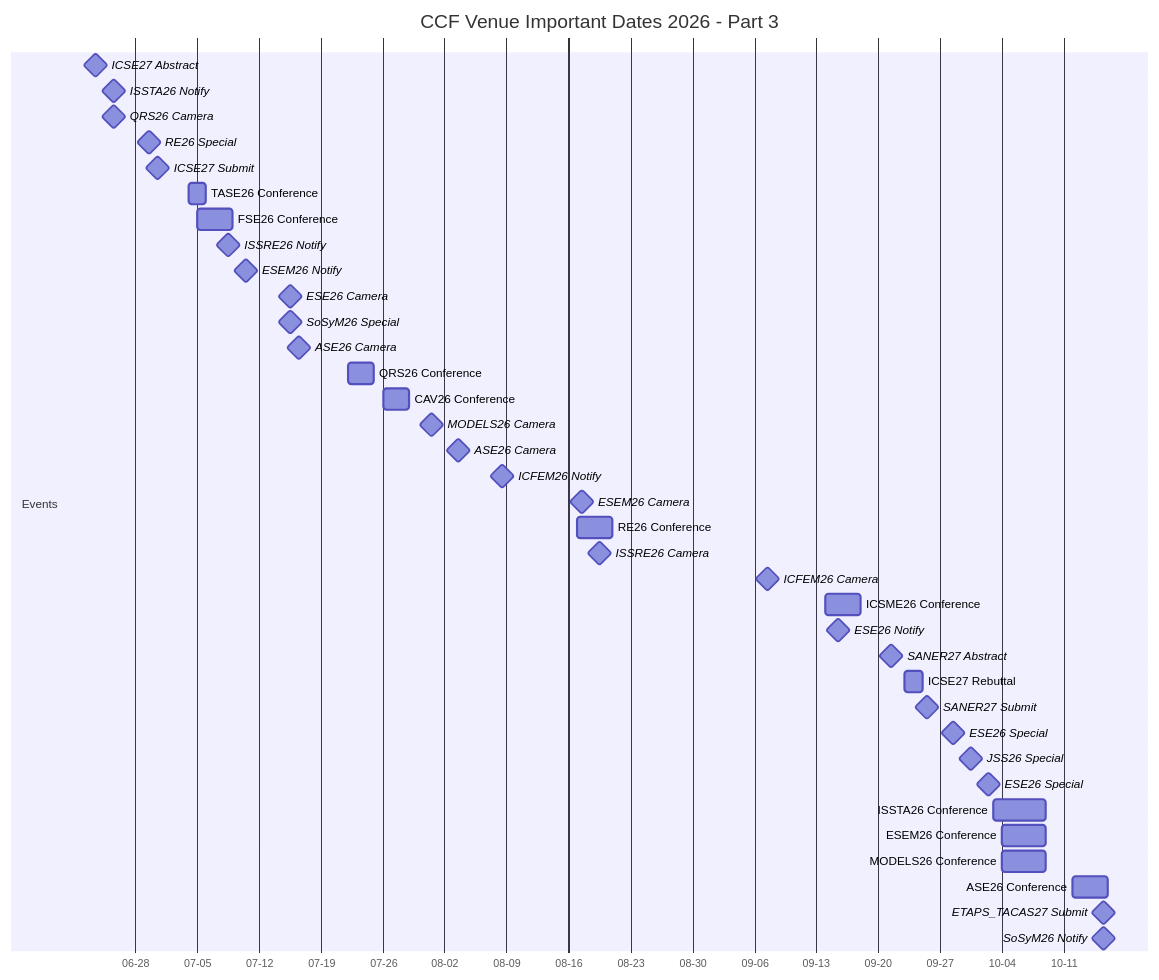
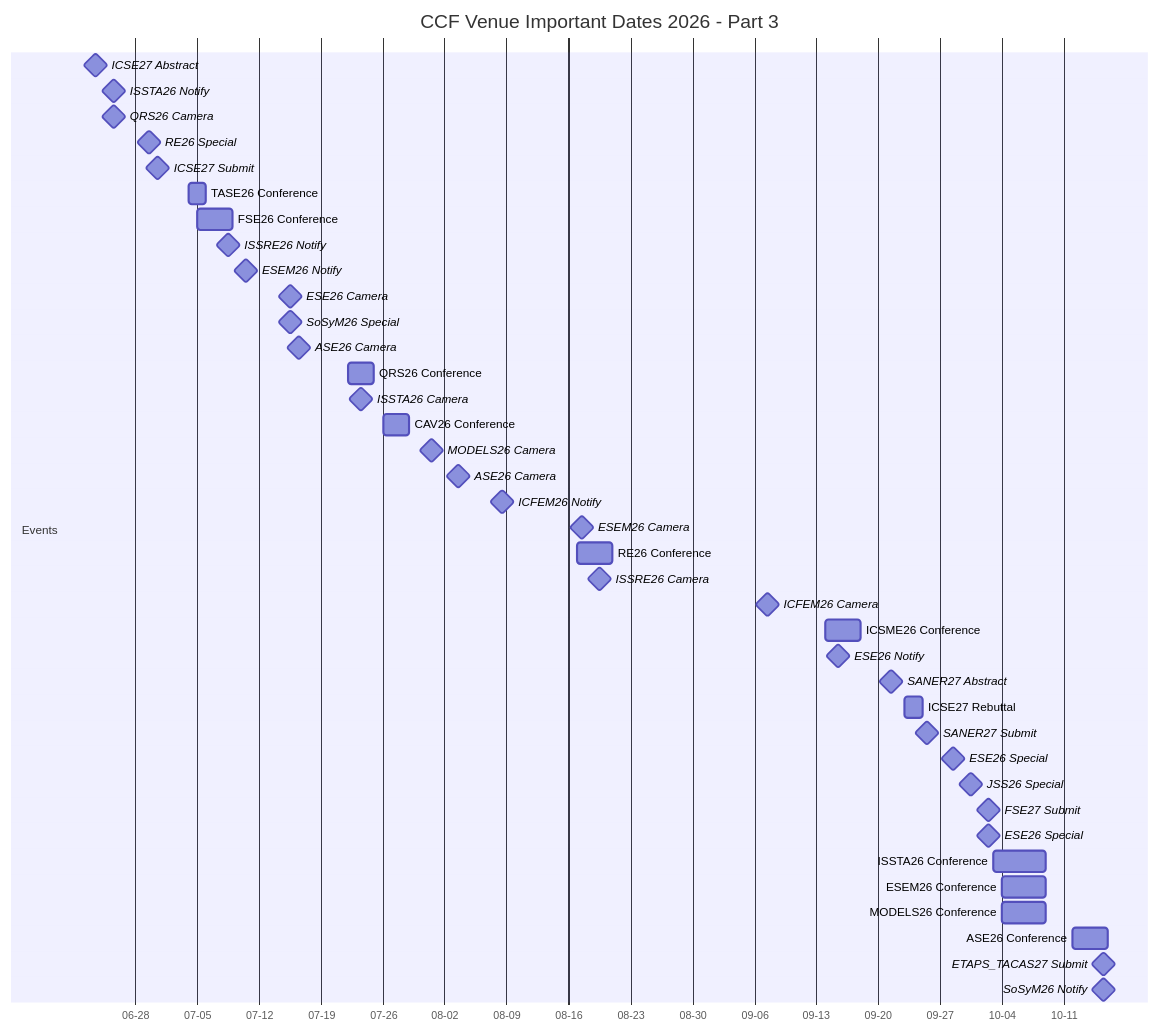
One commit to HansBug/research_ideas changed the fifth of 25 diagrams in ccf_venues/TIMELINE.md. Above: the diagram before and after it, drawn with Mermaid. The commit also changed other lines of this file and 21 other files, not shown here.

````diff
--- a/ccf_venues/TIMELINE.md
+++ b/ccf_venues/TIMELINE.md
@@ -426,43 +446,45 @@
 ```mermaid
 gantt
   title CCF Venue Important Dates 2026 - Part 3
   dateFormat YYYY-MM-DD
   axisFormat %m-%d
 
   section Events
   ICSE27 Abstract :milestone, icse_27_71_20260623, 2026-06-23, 1d
   ISSTA26 Notify :milestone, issta_26_72_20260625, 2026-06-25, 1d
   QRS26 Camera :milestone, qrs_26_73_20260625, 2026-06-25, 1d
   RE26 Special :milestone, re_26_74_20260629, 2026-06-29, 1d
   ICSE27 Submit :milestone, icse_27_75_20260630, 2026-06-30, 1d
   TASE26 Conference :tase_26_76_20260704, 2026-07-04, 2026-07-06
   FSE26 Conference :fse_26_77_20260705, 2026-07-05, 2026-07-09
   ISSRE26 Notify :milestone, issre_26_78_20260708, 2026-07-08, 1d
   ESEM26 Notify :milestone, esem_26_79_20260710, 2026-07-10, 1d
   ESE26 Camera :milestone, ese_26_80_20260715, 2026-07-15, 1d
   SoSyM26 Special :milestone, sosym_26_81_20260715, 2026-07-15, 1d
   ASE26 Camera :milestone, ase_26_82_20260716, 2026-07-16, 1d
   QRS26 Conference :qrs_26_83_20260722, 2026-07-22, 2026-07-25
+  ISSTA26 Camera :milestone, issta_26_camera_20260723, 2026-07-23, 1d
   CAV26 Conference :cav_26_84_20260726, 2026-07-26, 2026-07-29
   MODELS26 Camera :milestone, models_26_85_20260731, 2026-07-31, 1d
   ASE26 Camera :milestone, ase_26_86_20260803, 2026-08-03, 1d
   ICFEM26 Notify :milestone, icfem_26_87_20260808, 2026-08-08, 1d
   ESEM26 Camera :milestone, esem_26_88_20260817, 2026-08-17, 1d
   RE26 Conference :re_26_89_20260817, 2026-08-17, 2026-08-21
   ISSRE26 Camera :milestone, issre_26_90_20260819, 2026-08-19, 1d
   ICFEM26 Camera :milestone, icfem_26_91_20260907, 2026-09-07, 1d
   ICSME26 Conference :icsme_26_92_20260914, 2026-09-14, 2026-09-18
   ESE26 Notify :milestone, ese_26_93_20260915, 2026-09-15, 1d
   SANER27 Abstract :milestone, saner_27_94_20260921, 2026-09-21, 1d
   ICSE27 Rebuttal :icse_27_95_20260923, 2026-09-23, 2026-09-25
   SANER27 Submit :milestone, saner_27_96_20260925, 2026-09-25, 1d
   ESE26 Special :milestone, ese_26_97_20260928, 2026-09-28, 1d
   JSS26 Special :milestone, jss_26_98_20260930, 2026-09-30, 1d
+  FSE27 Submit :milestone, fse_27_submit_20261002, 2026-10-02, 1d
   ESE26 Special :milestone, ese_26_99_20261002, 2026-10-02, 1d
   ISSTA26 Conference :issta_26_100_20261003, 2026-10-03, 2026-10-09
   ESEM26 Conference :esem_26_101_20261004, 2026-10-04, 2026-10-09
   MODELS26 Conference :models_26_102_20261004, 2026-10-04, 2026-10-09
   ASE26 Conference :ase_26_103_20261012, 2026-10-12, 2026-10-16
   ETAPS_TACAS27 Submit :milestone, etaps_tacas_27_104_20261015, 2026-10-15, 1d
   SoSyM26 Notify :milestone, sosym_26_105_20261015, 2026-10-15, 1d
 ```
````
